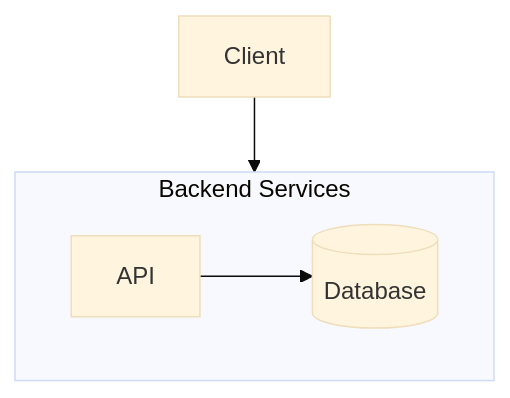
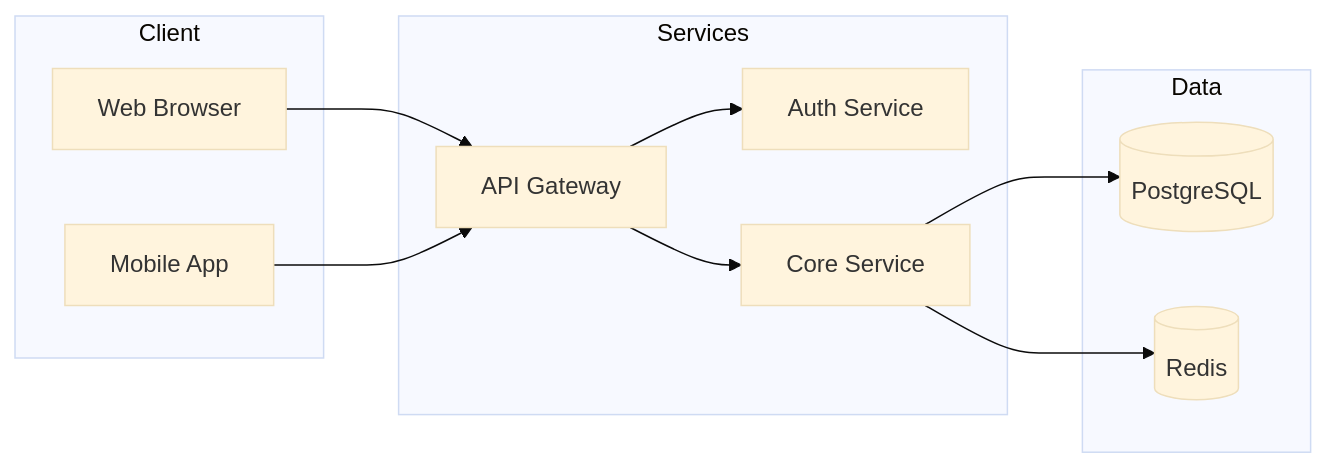
The first of 4 diagrams in skills/data/mermaid-diagrams/SKILL.md (runkids/claude-skill-registry), drawn with Mermaid (base theme) before and after one commit. The commit also changed other lines of this file and 17170 other files, not shown here.

````diff
--- a/skills/data/mermaid-diagrams/SKILL.md
+++ b/skills/data/mermaid-diagrams/SKILL.md
@@ -132,8 +84,19 @@
 ```mermaid
-flowchart TD
-    subgraph Backend["Backend Services"]
-        direction LR
-        API --> DB[(Database)]
+flowchart LR
+    subgraph Client
+        Browser[Web Browser]
+        Mobile[Mobile App]
     end
-    Client --> API
+    subgraph Services
+        API[API Gateway]
+        Auth[Auth Service]
+        Core[Core Service]
+    end
+    subgraph Data
+        DB[(PostgreSQL)]
+        Cache[(Redis)]
+    end
+    Browser & Mobile --> API
+    API --> Auth & Core
+    Core --> DB & Cache
 ```
````
